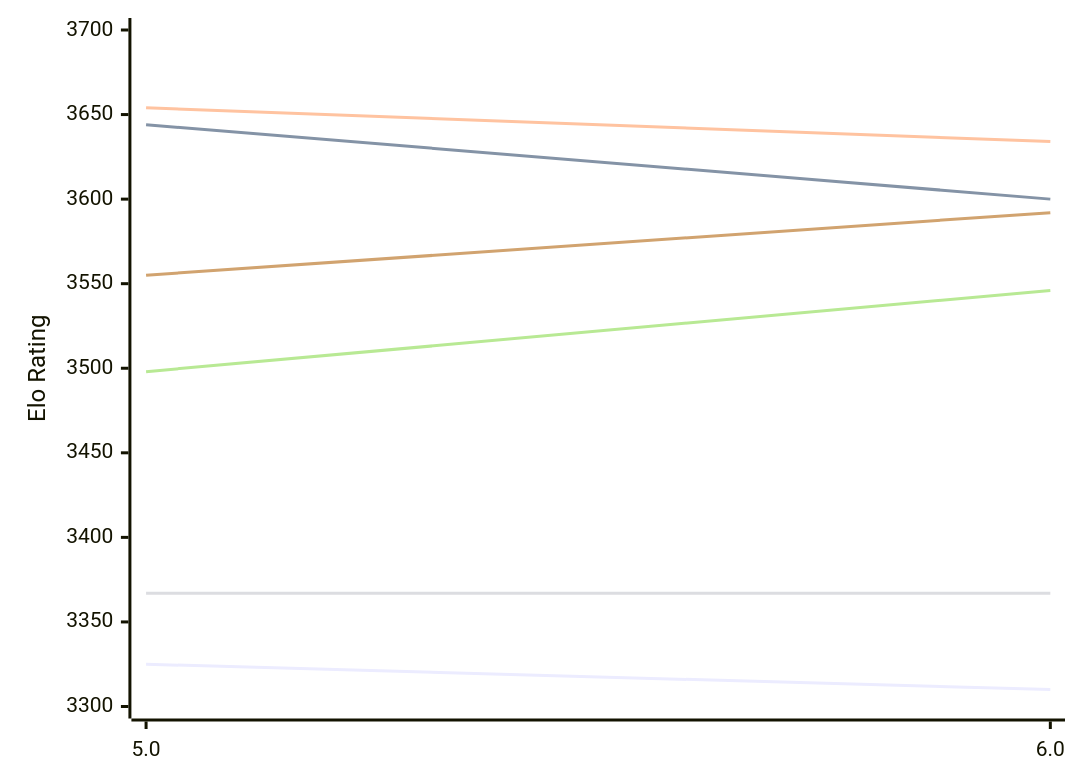
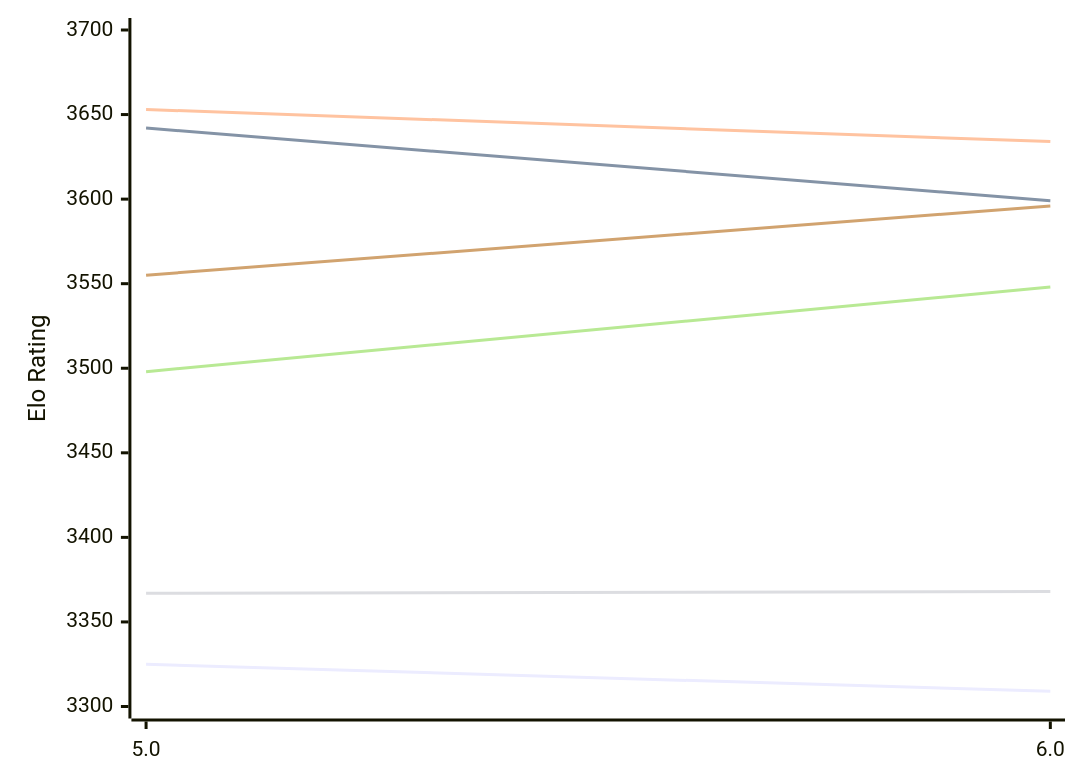
The first of 2 diagrams in engines/Tarnished.md (computer-chess-index/cci), drawn with Mermaid before and after one commit. The commit also changed other lines of this file, not shown here.

Commit message:
Update CCI Ratings (ELO VLTC) - 2026-11-27

````diff
--- a/engines/Tarnished.md
+++ b/engines/Tarnished.md
@@ -51,12 +51,12 @@
 ```mermaid
 %%{init: {"theme":"base","themeVariables":{"seriesColors:['#a3a3a3','#222221','#faa371']}}}%%
 xychart-beta
   x-axis ["5.0", "6.0"]
   y-axis "Elo Rating" 3300 --> 3700
-  line "E1: STC (8.0+0.08s)" [3325, 3310]
-  line "E1: LTC (60.0+0.60s)" [3644, 3600]
-  line "E1: VLTC (2m24s+1.12s)" [3654, 3634]
-  line "P1: STC (8.0+0.08s)" [3367, 3367]
-  line "P1: LTC (60.0+0.60s)" [3498, 3546]
-  line "P1: VLTC (2m24s+1.12s)" [3555, 3592]
+  line "E1: STC (8.0+0.08s)" [3325, 3309]
+  line "E1: LTC (60.0+0.60s)" [3642, 3599]
+  line "E1: VLTC (2m24s+1.12s)" [3653, 3634]
+  line "P1: STC (8.0+0.08s)" [3367, 3368]
+  line "P1: LTC (60.0+0.60s)" [3498, 3548]
+  line "P1: VLTC (2m24s+1.12s)" [3555, 3596]
 ```
````
